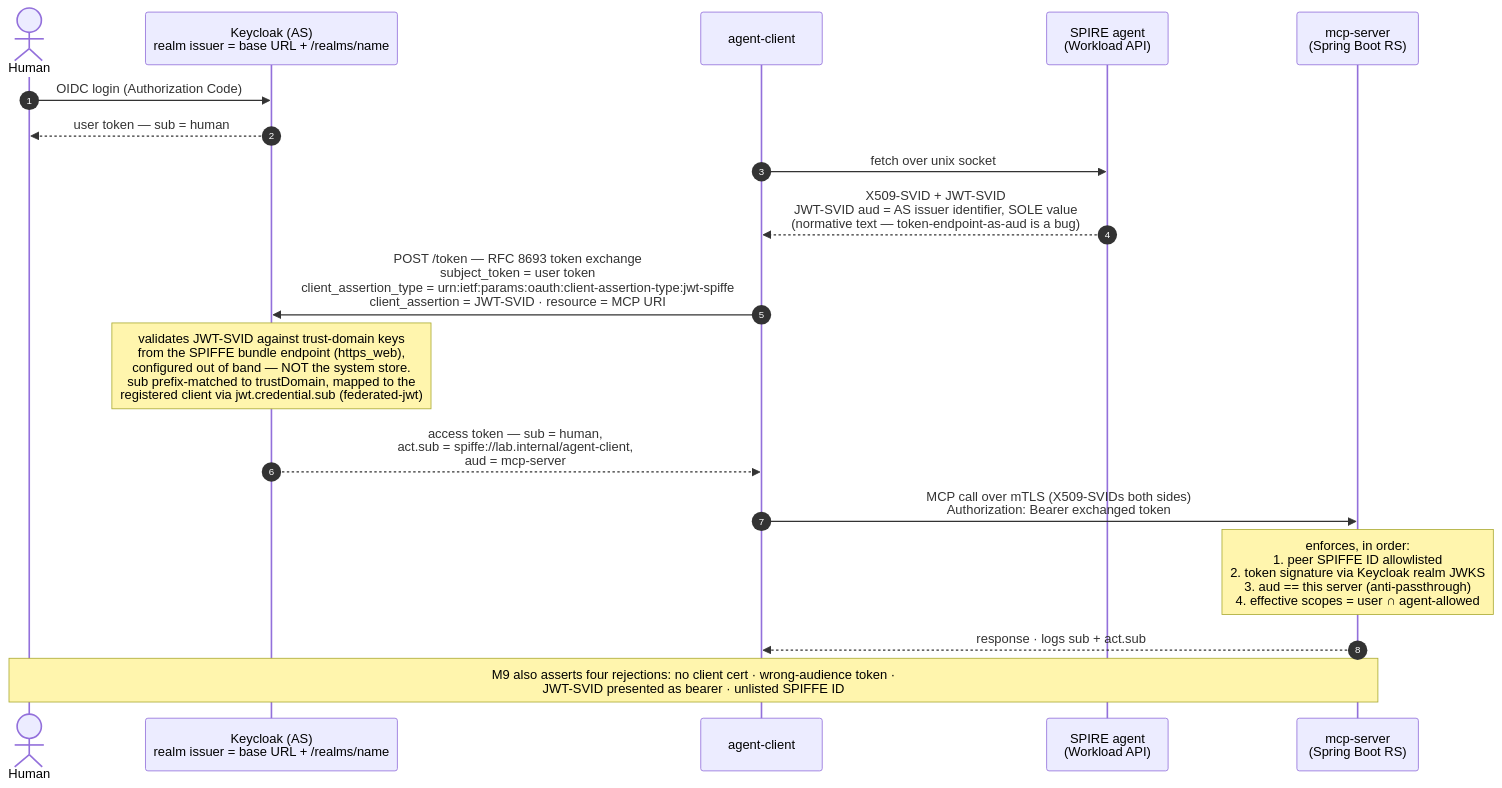
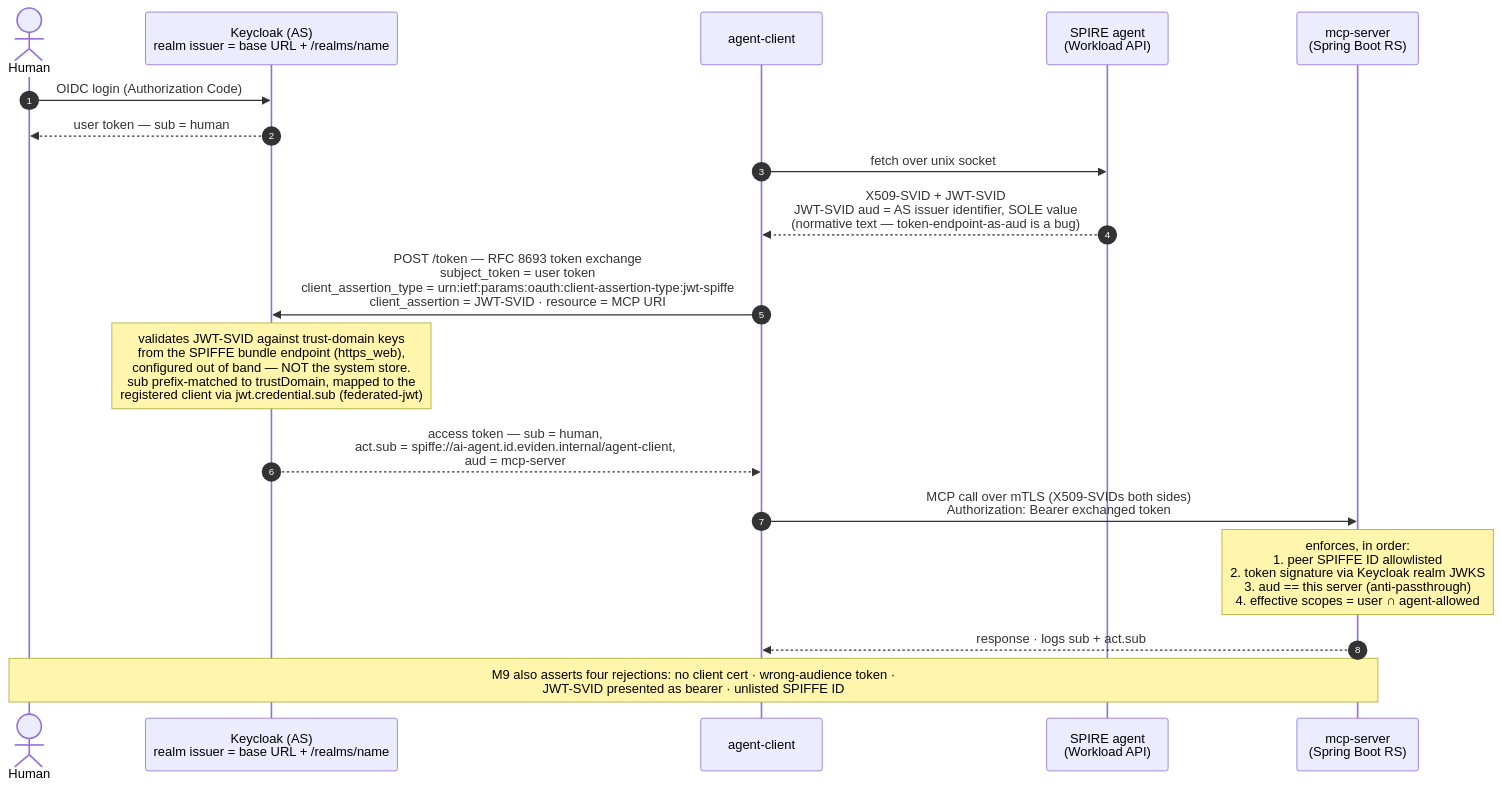
One commit to vanhoanHoang/ai-agent-spiffe-token-exchange changed the second of 4 diagrams in docs/diagrams/DIAGRAMS.md. Above: the diagram before and after it, drawn with Mermaid. The commit also changed other lines of this file and 72 other files, not shown here.

First line of the commit message:
Eviden rebrand: trust domain ai-agent.id.eviden.internal, realm ai-agents, Eviden CA hierarchy (D-027..D-029)

````diff
--- a/docs/diagrams/DIAGRAMS.md
+++ b/docs/diagrams/DIAGRAMS.md
@@ -63,25 +63,25 @@
 ```mermaid
 sequenceDiagram
     autonumber
     actor H as Human
     participant KC as Keycloak (AS)<br/>realm issuer = base URL + /realms/name
     participant AC as agent-client
     participant SA as SPIRE agent<br/>(Workload API)
     participant MCP as mcp-server<br/>(Spring Boot RS)
 
     H->>KC: OIDC login (Authorization Code)
     KC-->>H: user token — sub = human
 
     AC->>SA: fetch over unix socket
     SA-->>AC: X509-SVID + JWT-SVID<br/>JWT-SVID aud = AS issuer identifier, SOLE value<br/>(normative text — token-endpoint-as-aud is a bug)
 
     AC->>KC: POST /token — RFC 8693 token exchange<br/>subject_token = user token<br/>client_assertion_type = urn:ietf:params:oauth:client-assertion-type:jwt-spiffe<br/>client_assertion = JWT-SVID · resource = MCP URI
     Note over KC: validates JWT-SVID against trust-domain keys<br/>from the SPIFFE bundle endpoint (https_web),<br/>configured out of band — NOT the system store.<br/>sub prefix-matched to trustDomain, mapped to the<br/>registered client via jwt.credential.sub (federated-jwt)
-    KC-->>AC: access token — sub = human,<br/>act.sub = spiffe://lab.internal/agent-client,<br/>aud = mcp-server
+    KC-->>AC: access token — sub = human,<br/>act.sub = spiffe://ai-agent.id.eviden.internal/agent-client,<br/>aud = mcp-server
 
     AC->>MCP: MCP call over mTLS (X509-SVIDs both sides)<br/>Authorization: Bearer exchanged token
     Note over MCP: enforces, in order:<br/>1. peer SPIFFE ID allowlisted<br/>2. token signature via Keycloak realm JWKS<br/>3. aud == this server (anti-passthrough)<br/>4. effective scopes = user ∩ agent-allowed
     MCP-->>AC: response · logs sub + act.sub
 
     Note over H,MCP: M9 also asserts four rejections: no client cert · wrong-audience token ·<br/>JWT-SVID presented as bearer · unlisted SPIFFE ID
 ```
````
